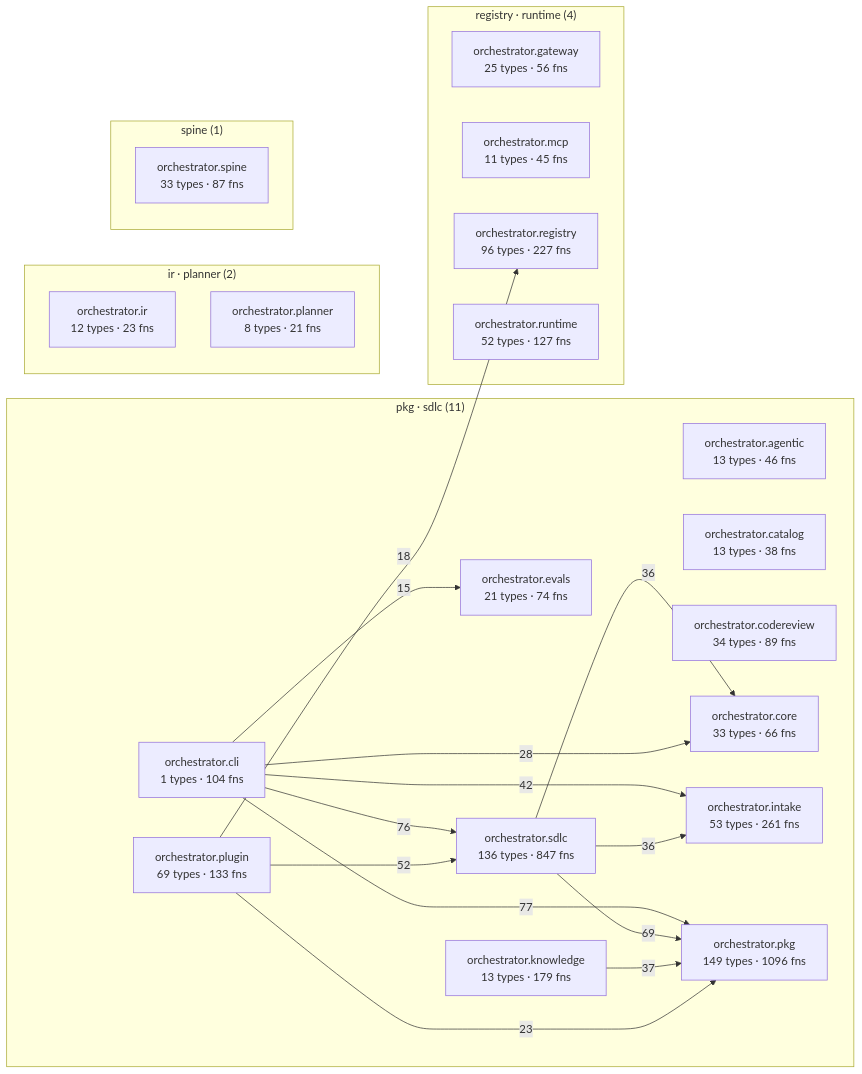
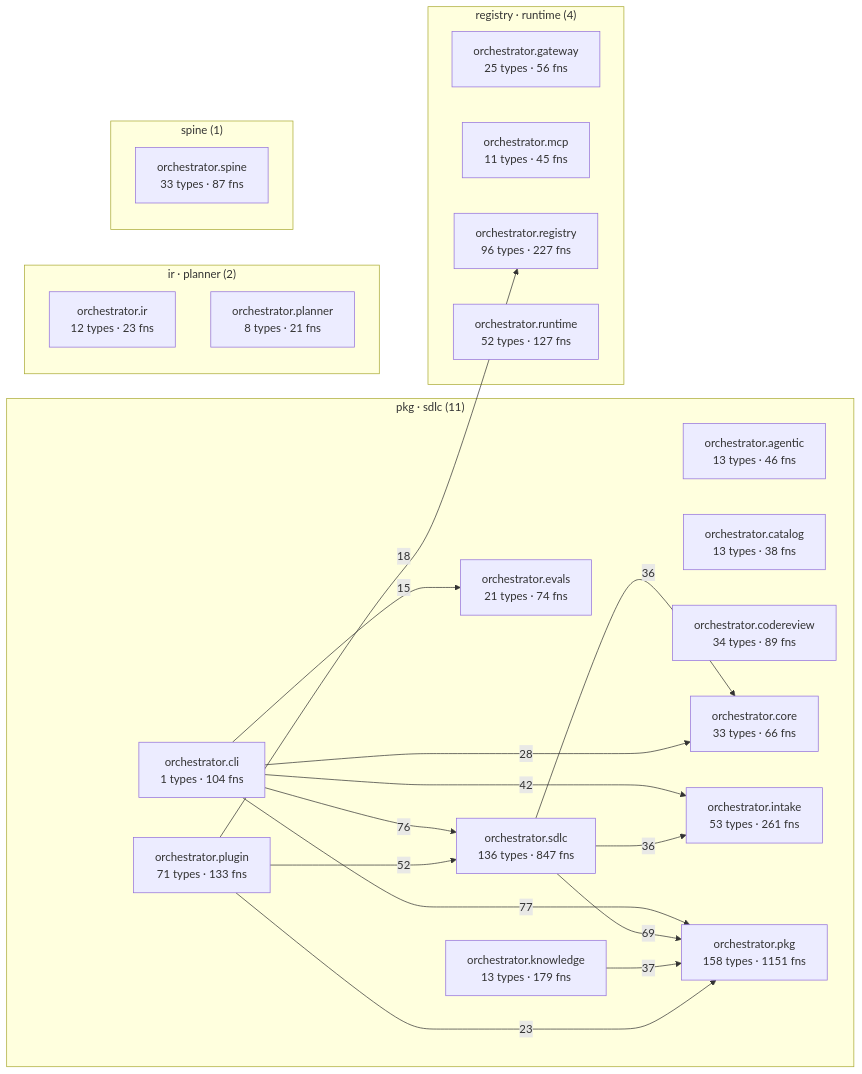
Before and after one commit to synaptixs/spine: the diagram in episteme/architecture.md, drawn with Mermaid. The commit also changed other lines of this file and 22 other files, not shown here.

````diff
--- a/episteme/architecture.md
+++ b/episteme/architecture.md
@@ -55,41 +55,41 @@
 ```mermaid
 flowchart LR
   subgraph c_2["pkg · sdlc (11)"]
     aorchestratoragentic["orchestrator.agentic<br/>13 types · 46 fns"]
     aorchestratorcatalog["orchestrator.catalog<br/>13 types · 38 fns"]
     aorchestratorcli["orchestrator.cli<br/>1 types · 104 fns"]
     aorchestratorcodereview["orchestrator.codereview<br/>34 types · 89 fns"]
     aorchestratorcore["orchestrator.core<br/>33 types · 66 fns"]
     aorchestratorevals["orchestrator.evals<br/>21 types · 74 fns"]
     aorchestratorintake["orchestrator.intake<br/>53 types · 261 fns"]
     aorchestratorknowledge["orchestrator.knowledge<br/>13 types · 179 fns"]
-    aorchestratorpkg["orchestrator.pkg<br/>149 types · 1096 fns"]
-    aorchestratorplugin["orchestrator.plugin<br/>69 types · 133 fns"]
+    aorchestratorpkg["orchestrator.pkg<br/>158 types · 1151 fns"]
+    aorchestratorplugin["orchestrator.plugin<br/>71 types · 133 fns"]
     aorchestratorsdlc["orchestrator.sdlc<br/>136 types · 847 fns"]
   end
   subgraph c_4["registry · runtime (4)"]
     aorchestratorgateway["orchestrator.gateway<br/>25 types · 56 fns"]
     aorchestratormcp["orchestrator.mcp<br/>11 types · 45 fns"]
     aorchestratorregistry["orchestrator.registry<br/>96 types · 227 fns"]
     aorchestratorruntime["orchestrator.runtime<br/>52 types · 127 fns"]
   end
   subgraph c_6["ir · planner (2)"]
     aorchestratorir["orchestrator.ir<br/>12 types · 23 fns"]
     aorchestratorplanner["orchestrator.planner<br/>8 types · 21 fns"]
   end
   subgraph c_11["spine (1)"]
     aorchestratorspine["orchestrator.spine<br/>33 types · 87 fns"]
   end
   aorchestratorcli -->|77| aorchestratorpkg
   aorchestratorcli -->|76| aorchestratorsdlc
   aorchestratorsdlc -->|69| aorchestratorpkg
   aorchestratorplugin -->|52| aorchestratorsdlc
   aorchestratorcli -->|42| aorchestratorintake
   aorchestratorknowledge -->|37| aorchestratorpkg
   aorchestratorsdlc -->|36| aorchestratorcore
   aorchestratorsdlc -->|36| aorchestratorintake
   aorchestratorcli -->|28| aorchestratorcore
   aorchestratorplugin -->|23| aorchestratorpkg
   aorchestratorplugin -->|18| aorchestratorregistry
   aorchestratorcli -->|15| aorchestratorevals
 ```
````
